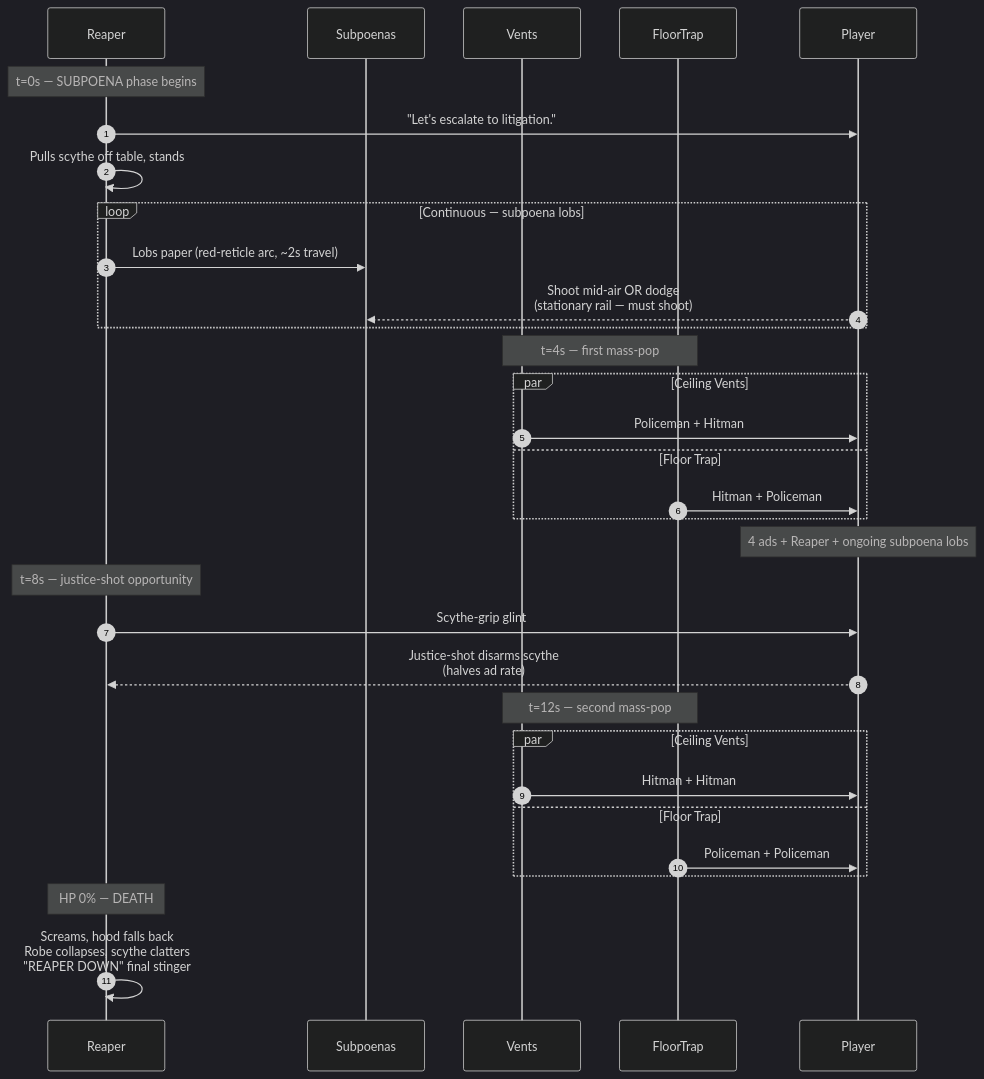
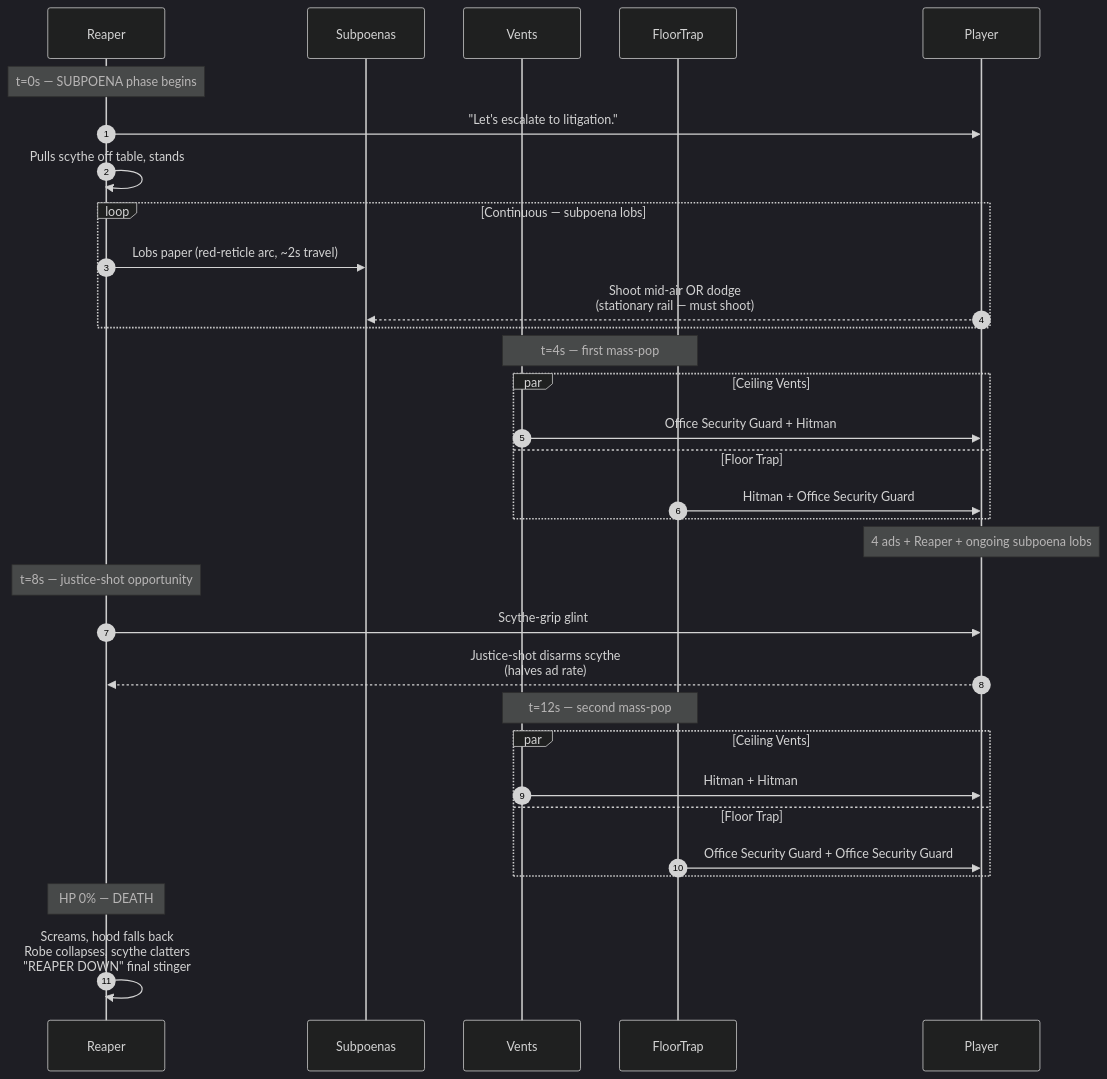
One commit to arcade-cabinet/department-of-redundancy-department changed the fourth of 4 diagrams in docs/spec/levels/08-boardroom.md. Above: the diagram before and after it, drawn with Mermaid (dark theme). The commit also changed other lines of this file and 14 other files, not shown here.

First line of the commit message:
refactor(lore): repurpose policeman → office security guard, swat → head of security

````diff
--- a/docs/spec/levels/08-boardroom.md
+++ b/docs/spec/levels/08-boardroom.md
@@ -226,41 +226,41 @@
 ```mermaid
 sequenceDiagram
     autonumber
     participant Reaper
     participant Subpoenas
     participant Vents
     participant FloorTrap
     participant Player
 
     Note over Reaper: t=0s — SUBPOENA phase begins
     Reaper->>Player: "Let's escalate to litigation."
     Reaper->>Reaper: Pulls scythe off table, stands
 
     loop Continuous — subpoena lobs
         Reaper->>Subpoenas: Lobs paper (red-reticle arc, ~2s travel)
         Player-->>Subpoenas: Shoot mid-air OR dodge<br/>(stationary rail — must shoot)
     end
 
     Note over Vents,FloorTrap: t=4s — first mass-pop
     par Ceiling Vents
-        Vents->>Player: Policeman + Hitman
+        Vents->>Player: Office Security Guard + Hitman
     and Floor Trap
-        FloorTrap->>Player: Hitman + Policeman
+        FloorTrap->>Player: Hitman + Office Security Guard
     end
 
     Note over Player: 4 ads + Reaper + ongoing subpoena lobs
 
     Note over Reaper: t=8s — justice-shot opportunity
     Reaper->>Player: Scythe-grip glint
     Player-->>Reaper: Justice-shot disarms scythe<br/>(halves ad rate)
 
     Note over Vents,FloorTrap: t=12s — second mass-pop
     par Ceiling Vents
         Vents->>Player: Hitman + Hitman
     and Floor Trap
-        FloorTrap->>Player: Policeman + Policeman
+        FloorTrap->>Player: Office Security Guard + Office Security Guard
     end
 
     Note over Reaper: HP 0% — DEATH
     Reaper->>Reaper: Screams, hood falls back<br/>Robe collapses, scythe clatters<br/>"REAPER DOWN" final stinger
 ```
````
